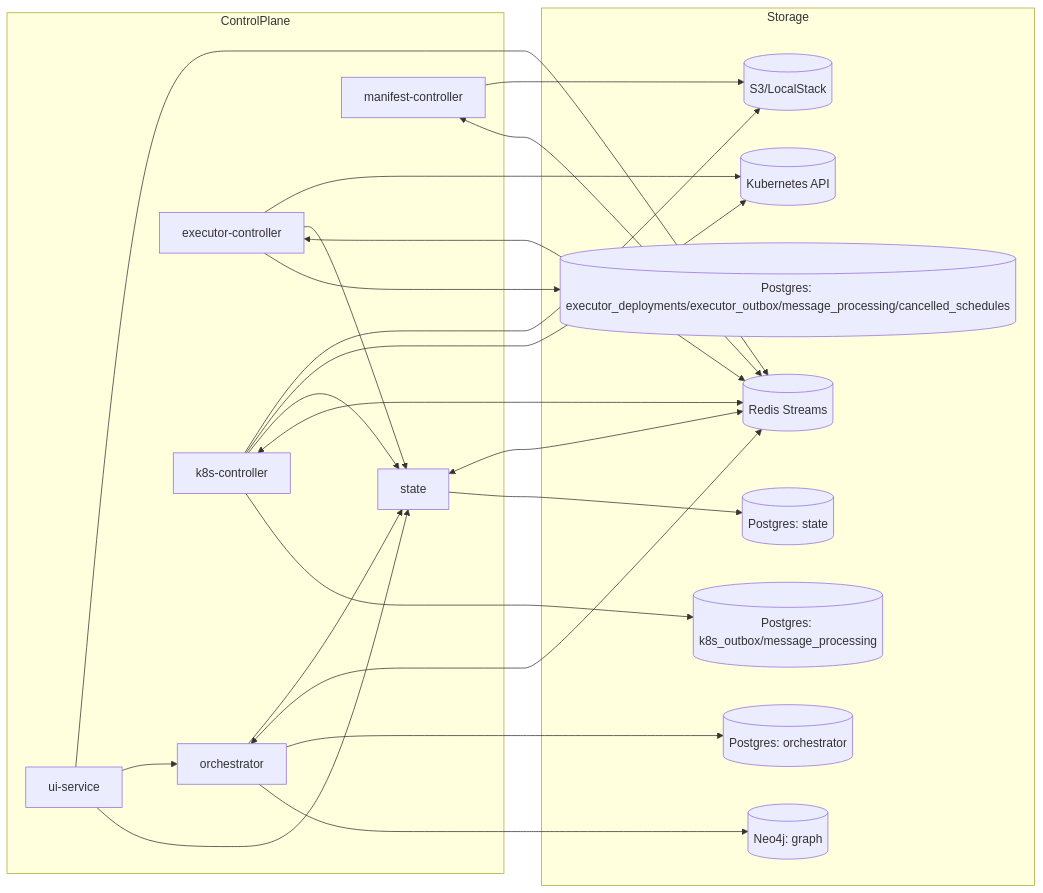
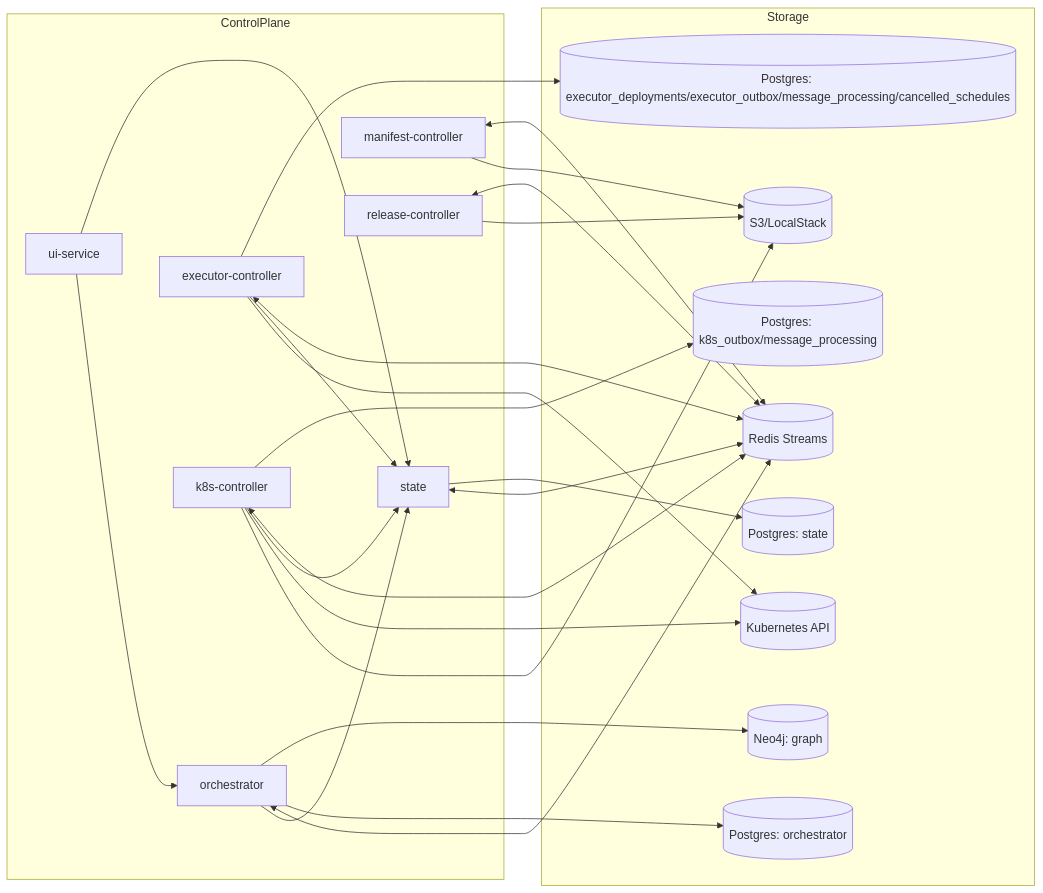
Before and after one commit to carolsimone/continuo: the first of 2 diagrams in docs/arch/01-topology.md, drawn with Mermaid. The commit also changed other lines of this file and 7 other files, not shown here.

Commit message:
docs(arch): reconcile topology flow to the release-driven path

````diff
--- a/docs/arch/01-topology.md
+++ b/docs/arch/01-topology.md
@@ -5,46 +5,48 @@
 ```mermaid
 flowchart LR
   subgraph ControlPlane
     ST[state]
     OR[orchestrator]
     EC[executor-controller]
     KC[k8s-controller]
     MC[manifest-controller]
+    RC[release-controller]
     UI[ui-service]
   end
 
   subgraph Storage
     STDB[(Postgres: state)]
     ORPG[(Postgres: orchestrator)]
     GRDB[(Neo4j: graph)]
     ECPG[(Postgres: executor_deployments/executor_outbox/message_processing/cancelled_schedules)]
     KCPG[(Postgres: k8s_outbox/message_processing)]
     S3[(S3/LocalStack)]
     K8S[(Kubernetes API)]
     R[(Redis Streams)]
   end
 
   ST --> STDB
   OR --> GRDB
   OR --> ORPG
   EC --> ECPG
   KC --> KCPG
 
   ST <--> R
   OR <--> R
   EC <--> R
   KC <--> R
   MC <--> R
+  RC <--> R
 
   OR --> ST
   EC --> ST
   KC --> ST
   UI --> ST
   UI --> OR
-  UI --> R
 
   EC --> K8S
   KC --> K8S
   KC --> S3
   MC --> S3
+  RC --> S3
 ```
````
